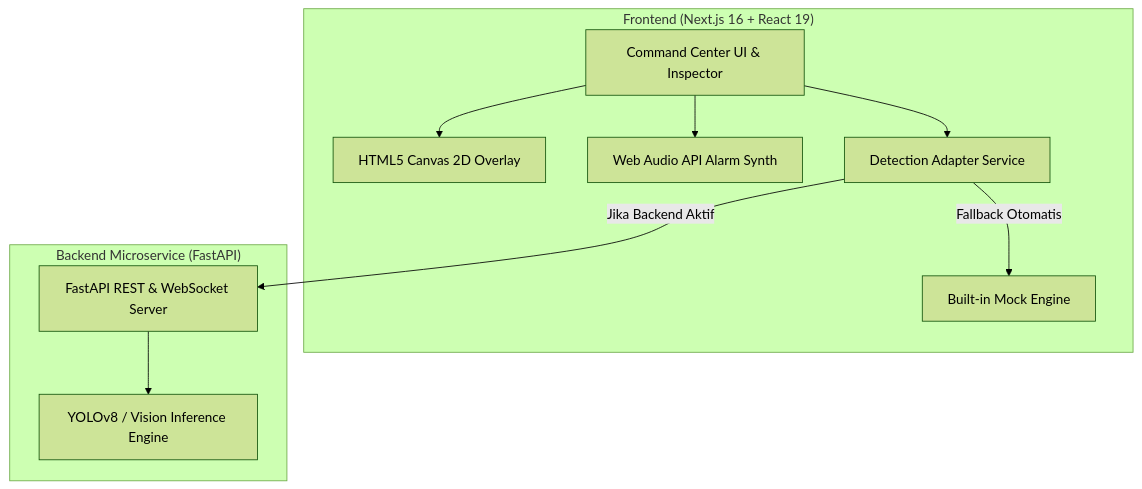
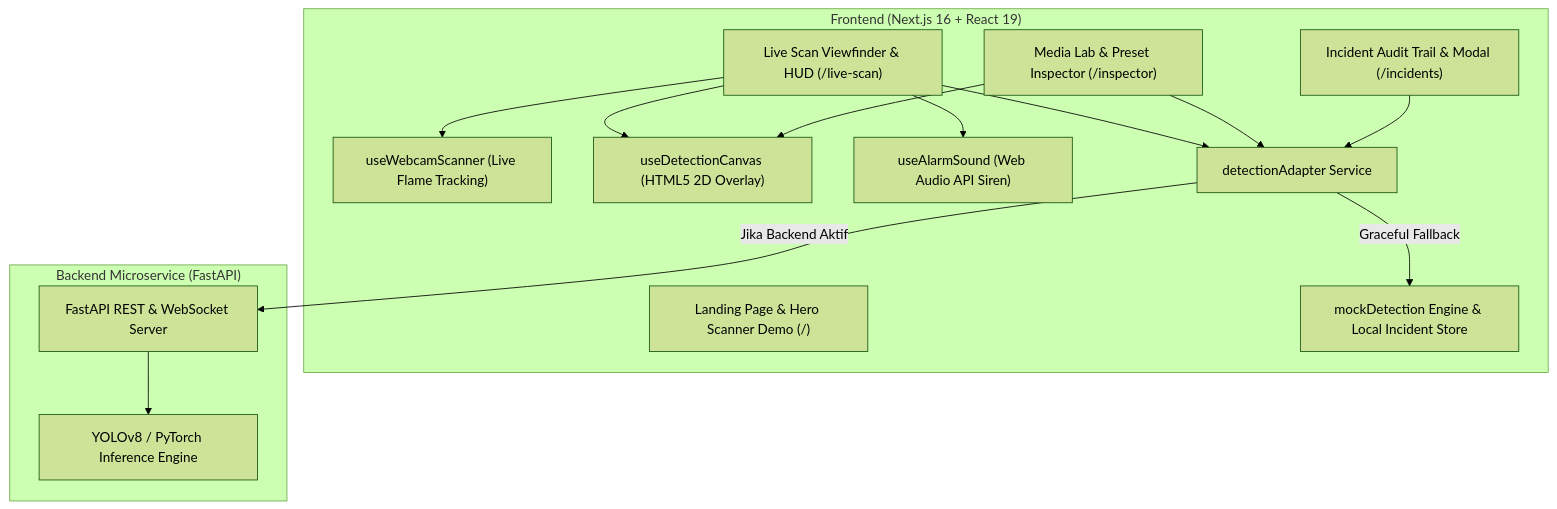
One commit to ClaveAP/fire-smoke-detection changed the diagram in README.md. Above: the diagram before and after it, drawn with Mermaid (forest theme). The commit also changed other lines of this file and 1 other file, not shown here.

First line of the commit message:
docs(readme): sync root and frontend READMEs with latest webcam scanner, presets, and UI architecture

````diff
--- a/README.md
+++ b/README.md
@@ -38,22 +37,32 @@
 ```mermaid
 flowchart TD
     subgraph Client["Frontend (Next.js 16 + React 19)"]
-        UI["Command Center UI & Inspector"]
-        Canvas["HTML5 Canvas 2D Overlay"]
-        Synth["Web Audio API Alarm Synth"]
-        Adapter["Detection Adapter Service"]
-        MockEngine["Built-in Mock Engine"]
+        Home["Landing Page & Hero Scanner Demo (/)"]
+        LiveScan["Live Scan Viewfinder & HUD (/live-scan)"]
+        Inspector["Media Lab & Preset Inspector (/inspector)"]
+        Incidents["Incident Audit Trail & Modal (/incidents)"]
+        
+        Webcam["useWebcamScanner (Live Flame Tracking)"]
+        Canvas["useDetectionCanvas (HTML5 2D Overlay)"]
+        Synth["useAlarmSound (Web Audio API Siren)"]
+        Adapter["detectionAdapter Service"]
+        MockEngine["mockDetection Engine & Local Incident Store"]
     end
 
     subgraph Service["Backend Microservice (FastAPI)"]
         API["FastAPI REST & WebSocket Server"]
-        YOLO["YOLOv8 / Vision Inference Engine"]
+        YOLO["YOLOv8 / PyTorch Inference Engine"]
     end
 
-    UI --> Canvas
-    UI --> Synth
-    UI --> Adapter
+    LiveScan --> Webcam
+    LiveScan --> Canvas
+    LiveScan --> Synth
+    LiveScan --> Adapter
+    Inspector --> Canvas
+    Inspector --> Adapter
+    Incidents --> Adapter
+
     Adapter -->|Jika Backend Aktif| API
-    Adapter -->|Fallback Otomatis| MockEngine
+    Adapter -->|Graceful Fallback| MockEngine
     API --> YOLO
 ```
````
